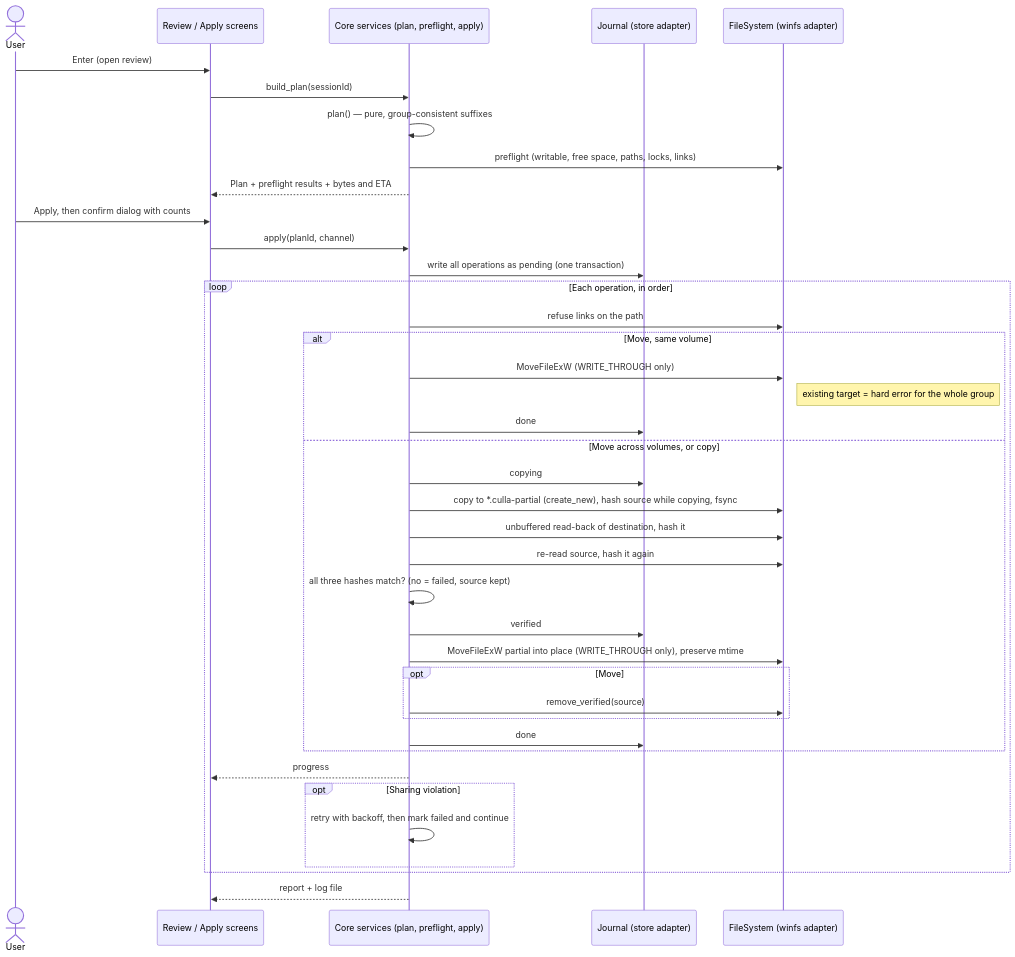
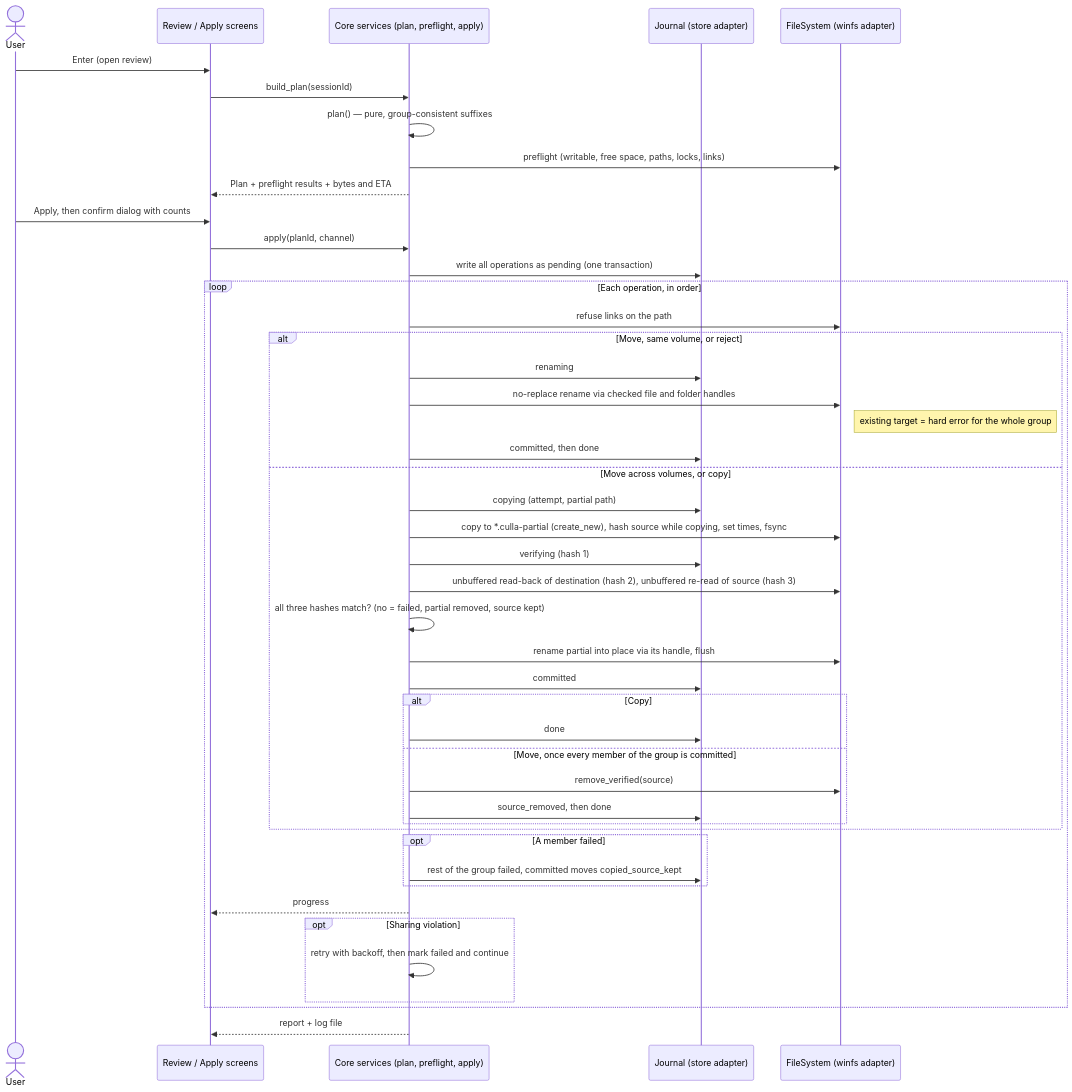
One commit to margaux-faurie/culla changed the seventh of 9 diagrams in docs/architecture.md. Above: the diagram before and after it, drawn with Mermaid. The commit also changed other lines of this file and 12 other files, not shown here.

````diff
--- a/docs/architecture.md
+++ b/docs/architecture.md
@@ -333,42 +333,48 @@
 ```mermaid
 sequenceDiagram
   actor U as User
   participant UI as Review / Apply screens
   participant C as Core services (plan, preflight, apply)
   participant DB as Journal (store adapter)
   participant FS as FileSystem (winfs adapter)
 
   U->>UI: Enter (open review)
   UI->>C: build_plan(sessionId)
   C->>C: plan() — pure, group-consistent suffixes
   C->>FS: preflight (writable, free space, paths, locks, links)
   C-->>UI: Plan + preflight results + bytes and ETA
   U->>UI: Apply, then confirm dialog with counts
   UI->>C: apply(planId, channel)
   C->>DB: write all operations as pending (one transaction)
   loop Each operation, in order
     C->>FS: refuse links on the path
-    alt Move, same volume
-      C->>FS: MoveFileExW (WRITE_THROUGH only)
+    alt Move, same volume, or reject
+      C->>DB: renaming
+      C->>FS: no-replace rename via checked file and folder handles
       Note right of FS: existing target = hard error for the whole group
-      C->>DB: done
+      C->>DB: committed, then done
     else Move across volumes, or copy
-      C->>DB: copying
-      C->>FS: copy to *.culla-partial (create_new), hash source while copying, fsync
-      C->>FS: unbuffered read-back of destination, hash it
-      C->>FS: re-read source, hash it again
-      C->>C: all three hashes match? (no = failed, source kept)
-      C->>DB: verified
-      C->>FS: MoveFileExW partial into place (WRITE_THROUGH only), preserve mtime
-      opt Move
+      C->>DB: copying (attempt, partial path)
+      C->>FS: copy to *.culla-partial (create_new), hash source while copying, set times, fsync
+      C->>DB: verifying (hash 1)
+      C->>FS: unbuffered read-back of destination (hash 2), unbuffered re-read of source (hash 3)
+      C->>C: all three hashes match? (no = failed, partial removed, source kept)
+      C->>FS: rename partial into place via its handle, flush
+      C->>DB: committed
+      alt Copy
+        C->>DB: done
+      else Move, once every member of the group is committed
         C->>FS: remove_verified(source)
+        C->>DB: source_removed, then done
       end
-      C->>DB: done
+    end
+    opt A member failed
+      C->>DB: rest of the group failed, committed moves copied_source_kept
     end
     C-->>UI: progress
     opt Sharing violation
       C->>C: retry with backoff, then mark failed and continue
     end
   end
   C-->>UI: report + log file
 ```
````
